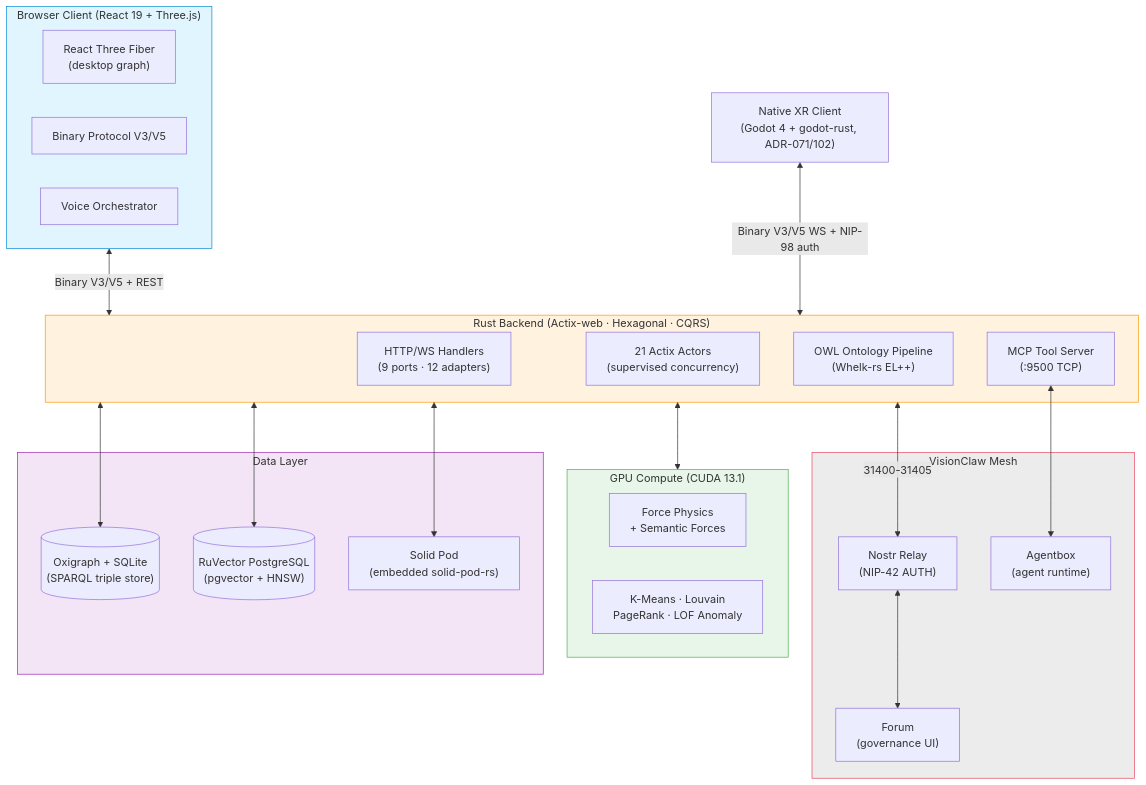
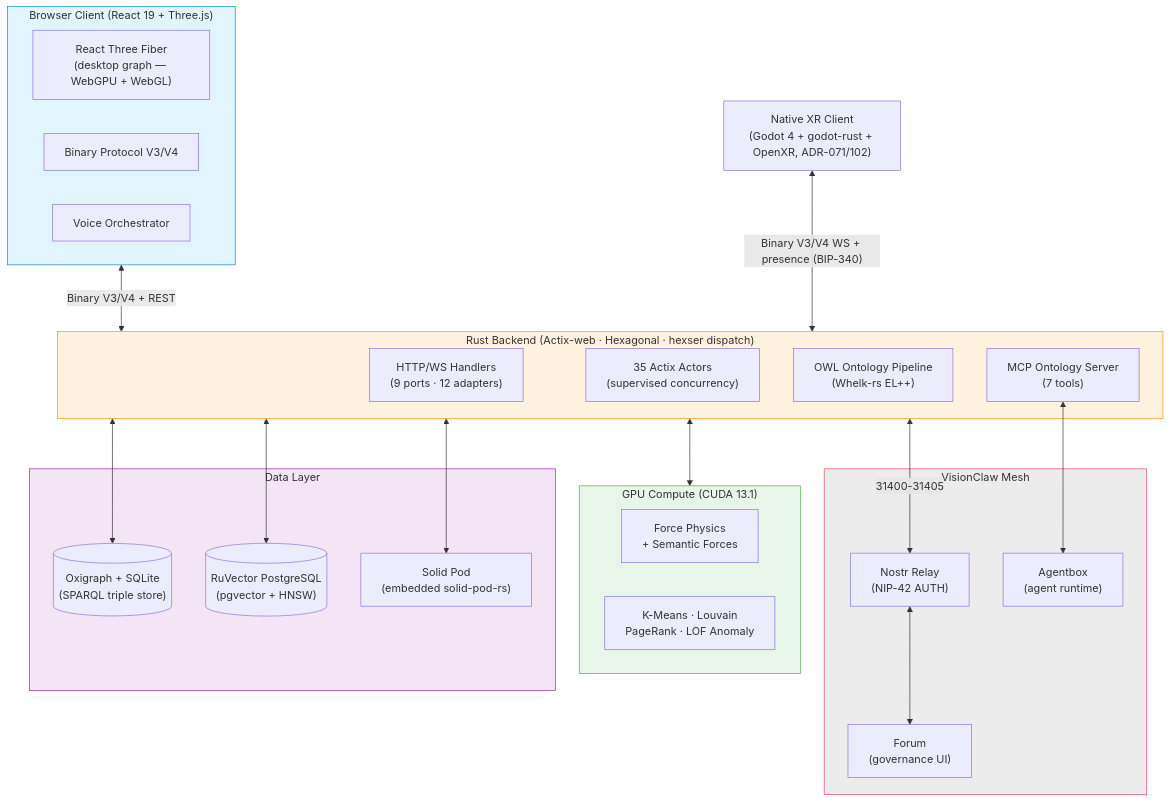
One commit to DreamLab-AI/AR-AI-Knowledge-Graph changed the third of 4 diagrams in README.md. Above: the diagram before and after it, drawn with Mermaid. The commit also changed other lines of this file and 455 other files, not shown here.

````diff
--- a/README.md
+++ b/README.md
@@ -494,50 +496,50 @@
 ```mermaid
 flowchart TB
     subgraph Client["Browser Client (React 19 + Three.js)"]
-        R3F["React Three Fiber\n(desktop graph)"]
-        BinProto["Binary Protocol V3/V5"]
+        R3F["React Three Fiber\n(desktop graph — WebGPU + WebGL)"]
+        BinProto["Binary Protocol V3/V4"]
         Voice["Voice Orchestrator"]
     end
 
-    XRClient["Native XR Client\n(Godot 4 + godot-rust, ADR-071/102)"]
+    XRClient["Native XR Client\n(Godot 4 + godot-rust + OpenXR, ADR-071/102)"]
 
-    subgraph Server["Rust Backend (Actix-web · Hexagonal · CQRS)"]
+    subgraph Server["Rust Backend (Actix-web · Hexagonal · hexser dispatch)"]
         Handlers["HTTP/WS Handlers\n(9 ports · 12 adapters)"]
-        Actors["21 Actix Actors\n(supervised concurrency)"]
+        Actors["35 Actix Actors\n(supervised concurrency)"]
         Services["OWL Ontology Pipeline\n(Whelk-rs EL++)"]
-        MCP["MCP Tool Server\n(:9500 TCP)"]
+        MCP["MCP Ontology Server\n(7 tools)"]
     end
 
     subgraph Data["Data Layer"]
         Oxigraph[("Oxigraph + SQLite\n(SPARQL triple store)")]
         RuVector[("RuVector PostgreSQL\n(pgvector + HNSW)")]
         Solid["Solid Pod\n(embedded solid-pod-rs)"]
     end
 
     subgraph GPU["GPU Compute (CUDA 13.1)"]
         Physics["Force Physics\n+ Semantic Forces"]
         Analytics["K-Means · Louvain\nPageRank · LOF Anomaly"]
     end
 
     subgraph Mesh["VisionClaw Mesh"]
         Relay["Nostr Relay\n(NIP-42 AUTH)"]
         AB["Agentbox\n(agent runtime)"]
         Forum["Forum\n(governance UI)"]
     end
 
-    Client <-->|"Binary V3/V5 + REST"| Server
-    XRClient <-->|"Binary V3/V5 WS + NIP-98 auth"| Server
+    Client <-->|"Binary V3/V4 + REST"| Server
+    XRClient <-->|"Binary V3/V4 WS + presence (BIP-340)"| Server
     Server <--> Oxigraph
     Server <--> RuVector
     Server <--> Solid
     Server <--> GPU
     MCP <--> AB
     Server <-->|"31400-31405"| Relay
     Relay <--> Forum
 
     style Client fill:#e1f5ff,stroke:#0288d1
     style Server fill:#fff3e0,stroke:#ff9800
     style Data fill:#f3e5f5,stroke:#9c27b0
     style GPU fill:#e8f5e9,stroke:#4caf50
     style Mesh fill:#1a1a2e15,stroke:#e94560
 ```
````
